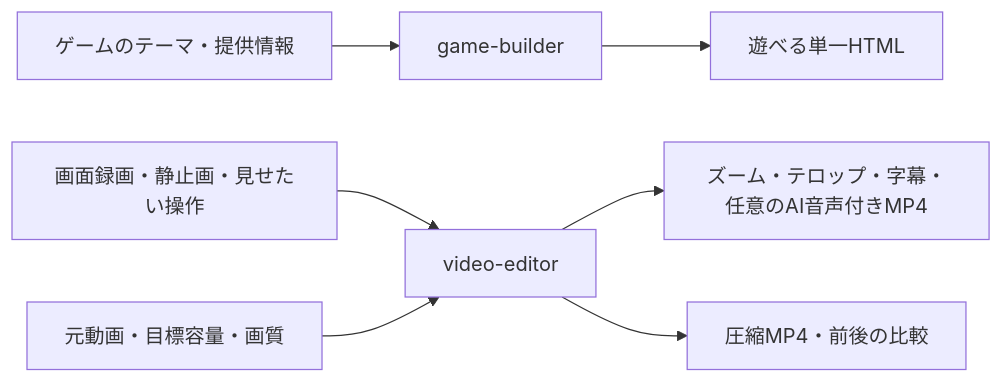
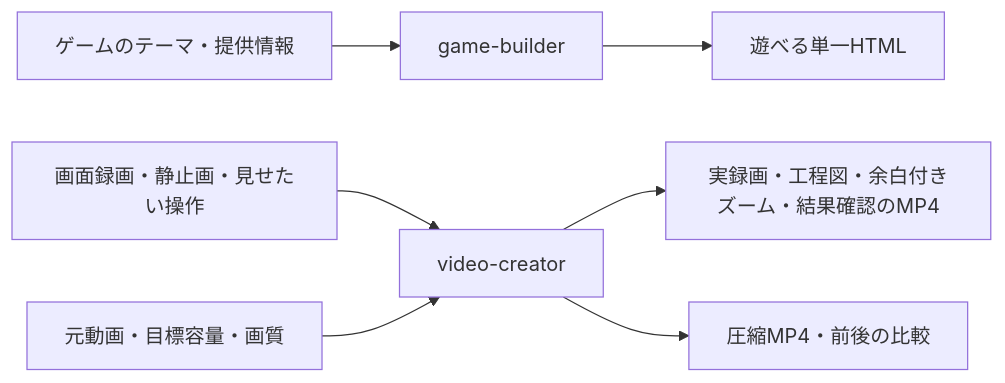
Before and after one commit to geekfujiwara/copilot-cowork-skills: diagram 12 of 12 in README.md, drawn with Mermaid. The commit also changed other lines of this file and 76 other files, not shown here.

Commit message:
Rename video-editor to video-creator with screen-first workflows (#21)

````diff
--- a/README.md
+++ b/README.md
@@ -511,9 +513,9 @@
 ```mermaid
 flowchart LR
 	THEME["ゲームのテーマ・提供情報"] --> GB["game-builder"]
 	GB --> GAME["遊べる単一HTML"]
-	RECORDING["画面録画・静止画・見せたい操作"] --> VE["video-editor"]
+	RECORDING["画面録画・静止画・見せたい操作"] --> VE["video-creator"]
 	VIDEO["元動画・目標容量・画質"] --> VE
-	VE --> EDITED["ズーム・テロップ・字幕・任意のAI音声付きMP4"]
+	VE --> EDITED["実録画・工程図・余白付きズーム・結果確認のMP4"]
 	VE --> SMALL["圧縮MP4・前後の比較"]
 ```
````
